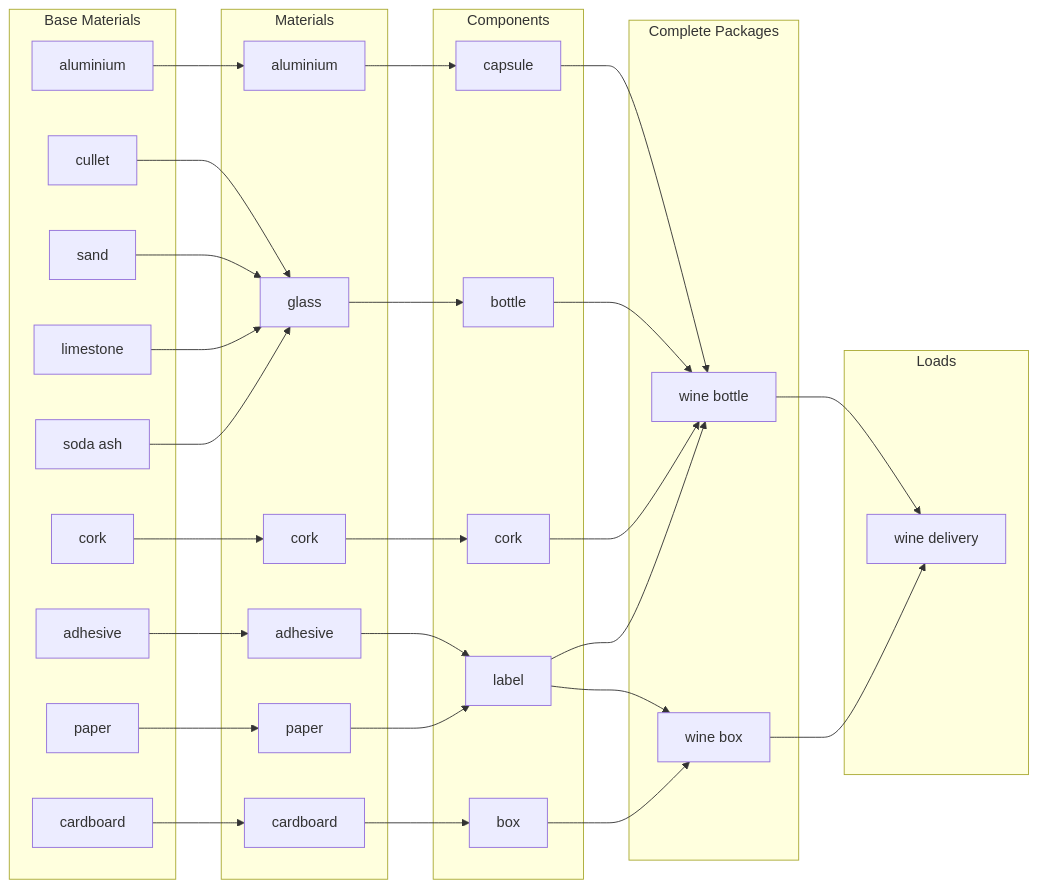
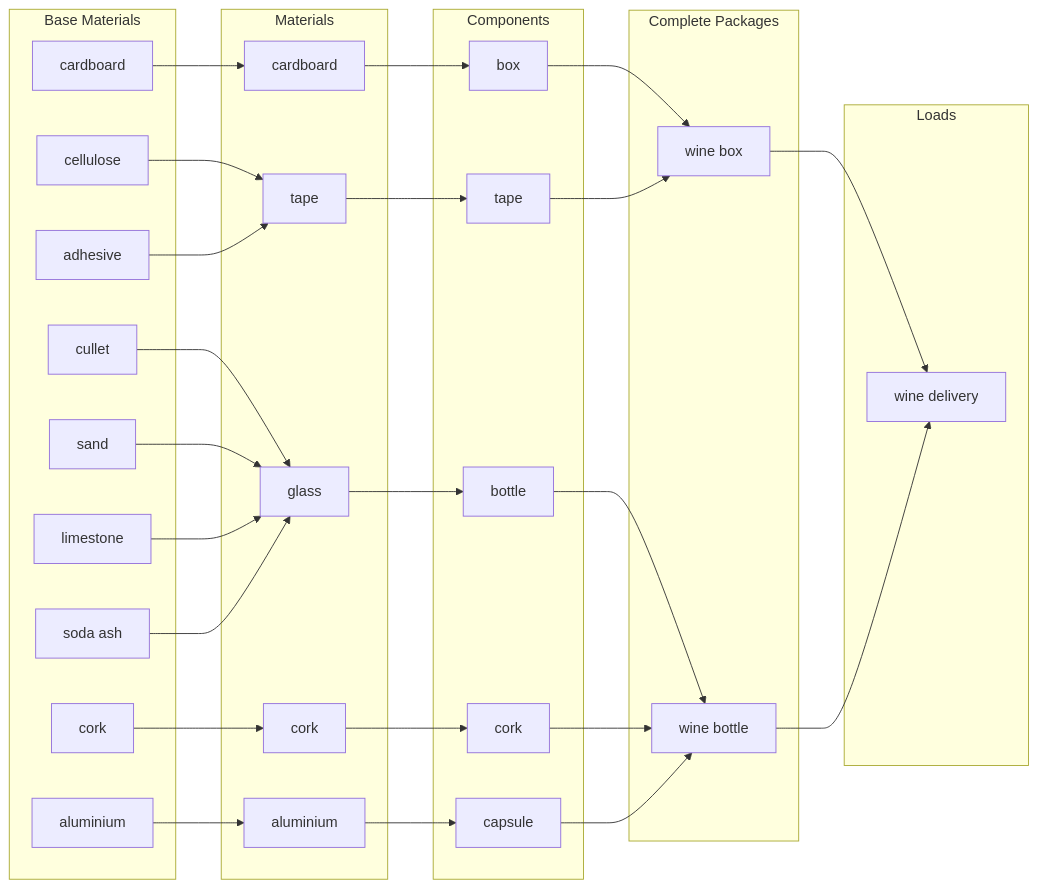
The fifth of 8 diagrams in docs/1_Start_Here/1_3_Data_Flow.md (OpenDataManchester/Open3P), drawn with Mermaid before and after one commit. The commit also changed other lines of this file, not shown here.

Commit message:
Worked through the data flow page

````diff
--- a/docs/1_Start_Here/1_3_Data_Flow.md
+++ b/docs/1_Start_Here/1_3_Data_Flow.md
@@ -108,59 +141,56 @@
 ``` mermaid
 flowchart LR
     subgraph baseMaterials[Base Materials]
         bm_cardboard[cardboard]
         bm_sand[sand]
         bm_sodaAsh[soda ash]
         bm_limestone[limestone]
         bm_cullet[cullet]
         bm_aluminium[aluminium]
         bm_cork[cork]
-        bm_paper[paper]
+        bm_cellulose[cellulose]
         bm_adhesive[adhesive]
     end
     subgraph materials[Materials]
         ma_cardboard[cardboard]
         ma_glass[glass]
         ma_cork[cork]
         ma_aluminium[aluminium]
-        ma_paper[paper]
-        ma_adhesive[adhesive]
+        ma_tape[tape]
     end
     subgraph components[Components]
         co_glassBottle[bottle]
         co_corkCork[cork]
         co_aluminiumCapsule[capsule]
-        co_paperLabel[label]
         co_cardboard[box]
+        co_tape[tape]
     end
     subgraph completePackages[Complete Packages]
         cp_wineBottle[wine bottle]
         cp_cardboardBox[wine box]
     end
     subgraph loads[Loads]
         lo_wineDelivery[wine delivery]
     end
     bm_cardboard --> ma_cardboard
     bm_cullet --> ma_glass
     bm_sand --> ma_glass
     bm_limestone --> ma_glass
     bm_sodaAsh --> ma_glass
     bm_cork --> ma_cork
-    bm_paper --> ma_paper
-    bm_adhesive --> ma_adhesive
     bm_aluminium --> ma_aluminium
+    bm_cellulose --> ma_tape
+    bm_adhesive --> ma_tape
     ma_cardboard --> co_cardboard
     ma_glass --> co_glassBottle
+    ma_aluminium --> co_aluminiumCapsule
     ma_cork --> co_corkCork
-    co_aluminiumCapsule  --> cp_wineBottle
-    ma_aluminium --> co_aluminiumCapsule
-    ma_adhesive --> co_paperLabel
-    ma_paper --> co_paperLabel
+    ma_tape --> co_tape
     co_glassBottle --> cp_wineBottle
     co_corkCork --> cp_wineBottle
-    co_paperLabel --> cp_wineBottle
-    co_paperLabel --> cp_cardboardBox
+    co_aluminiumCapsule  --> cp_wineBottle
     co_cardboard --> cp_cardboardBox
+    co_tape --> cp_cardboardBox
+    cp_cardboardBox --> lo_wineDelivery
     cp_wineBottle --> lo_wineDelivery
-    cp_cardboardBox --> lo_wineDelivery
 ```
````
